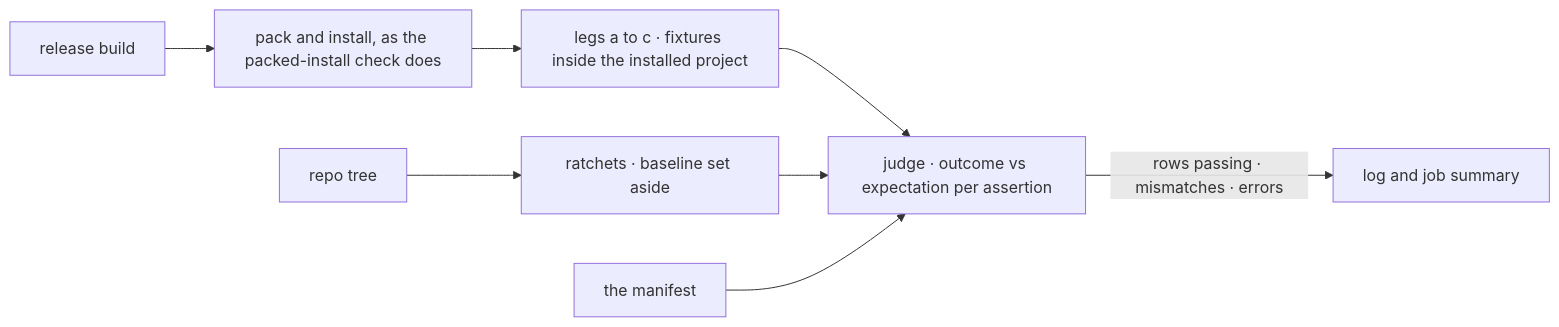
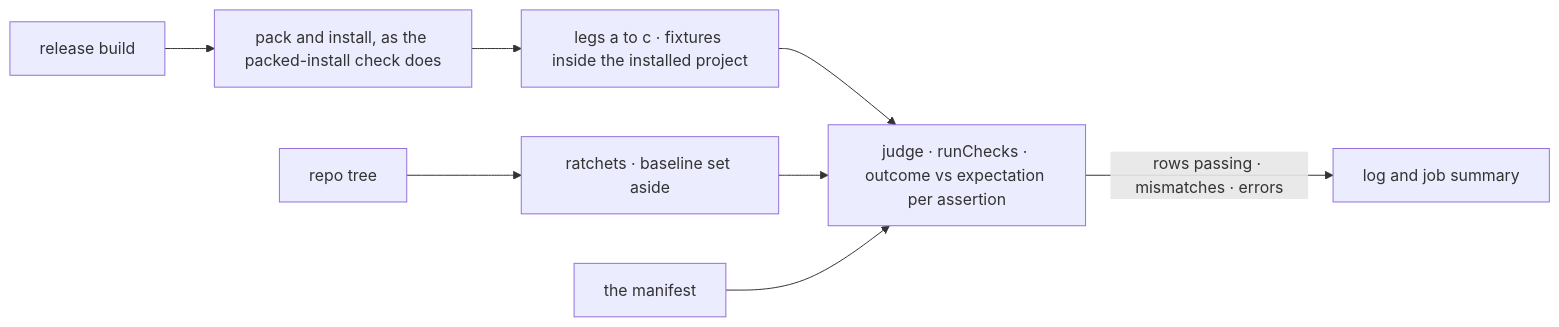
One commit to fixpoint-labs/flow-state-dev changed the second of 2 diagrams in specs/issues/FIX-2564/SPEC.md. Above: the diagram before and after it, drawn with Mermaid. The commit also changed other lines of this file and 4 other files, not shown here.

````diff
--- a/specs/issues/FIX-2564/SPEC.md
+++ b/specs/issues/FIX-2564/SPEC.md
@@ -85,10 +99,10 @@
 ```mermaid
 flowchart LR
   B["release build"] --> K["pack and install, as the packed-install check does"]
   K --> L["legs a to c · fixtures inside the installed project"]
   T["repo tree"] --> W["ratchets · baseline set aside"]
-  L --> J["judge · outcome vs expectation per assertion"]
+  L --> J["judge · runChecks · outcome vs expectation per assertion"]
   W --> J
   M["the manifest"] --> J
   J -->|"rows passing · mismatches · errors"| S["log and job summary"]
 ```
````
